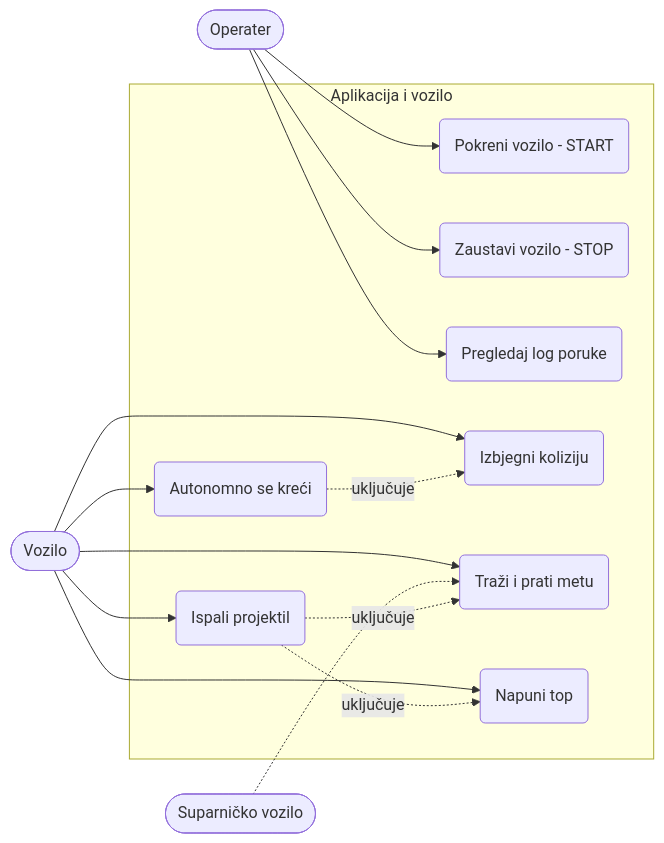
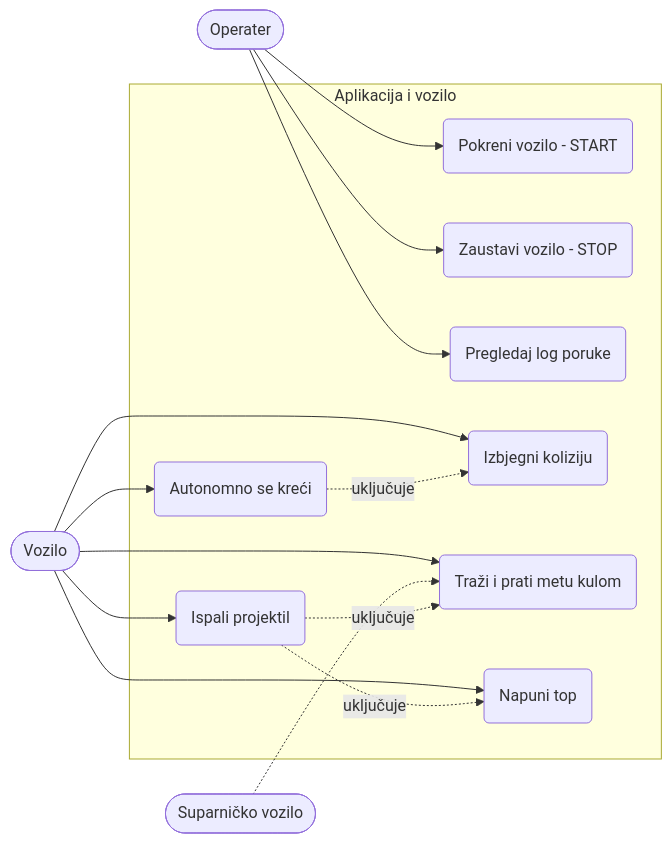
The diagram in docs/Specifikacija-zahtjeva.md (lukavidic/Vihor), drawn with Mermaid before and after one commit. The commit also changed other lines of this file, not shown here.

````diff
--- a/docs/Specifikacija-zahtjeva.md
+++ b/docs/Specifikacija-zahtjeva.md
@@ -144,30 +150,30 @@
 ```mermaid
 flowchart LR
     Op([Operater])
     Veh([Vozilo])
     Opp([Suparničko vozilo])
- 
+
     subgraph Sistem["Aplikacija i vozilo"]
         UC1(Pokreni vozilo - START)
         UC2(Zaustavi vozilo - STOP)
         UC3(Pregledaj log poruke)
         UC4(Autonomno se kreći)
         UC5(Izbjegni koliziju)
-        UC6(Traži i prati metu)
+        UC6(Traži i prati metu kulom)
         UC7(Napuni top)
         UC8(Ispali projektil)
     end
- 
+
     Op --> UC1
     Op --> UC2
     Op --> UC3
     Veh --> UC4
     Veh --> UC5
     Veh --> UC6
     Veh --> UC7
     Veh --> UC8
     Opp -.-> UC6
     UC4 -. uključuje .-> UC5
     UC8 -. uključuje .-> UC7
     UC8 -. uključuje .-> UC6
 ```
````
